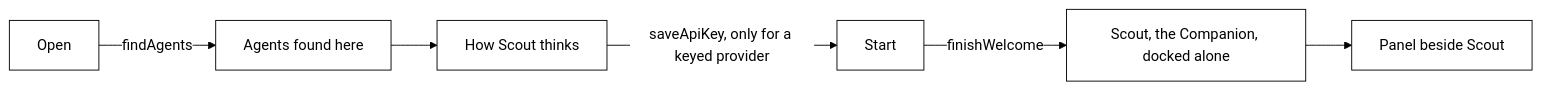
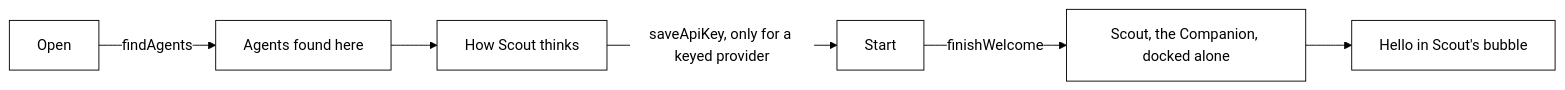
The eighth of 8 diagrams in docs/architecture.md (nadeem4/tagalong), drawn with Mermaid before and after one commit. The commit also changed other lines of this file and 14 other files, not shown here.

First line of the commit message:
feat: Scout's bubble: ask about what is on screen, beside the pet (#44)

````diff
--- a/docs/architecture.md
+++ b/docs/architecture.md
@@ -1064,9 +1064,9 @@
 ```mermaid
 %%{init: {'theme': 'base', 'themeVariables': {'primaryColor': '#ffffff', 'primaryTextColor': '#000000', 'primaryBorderColor': '#000000', 'lineColor': '#000000'}}}%%
 flowchart LR
   O[Open] -->|findAgents| A[Agents found here]
   A --> B[How Scout thinks]
   B -->|saveApiKey, only for a keyed provider| S[Start]
   S -->|finishWelcome| D[Scout, the Companion, docked alone]
-  D --> P[Panel beside Scout]
+  D --> P[Hello in Scout's bubble]
 ```
````
